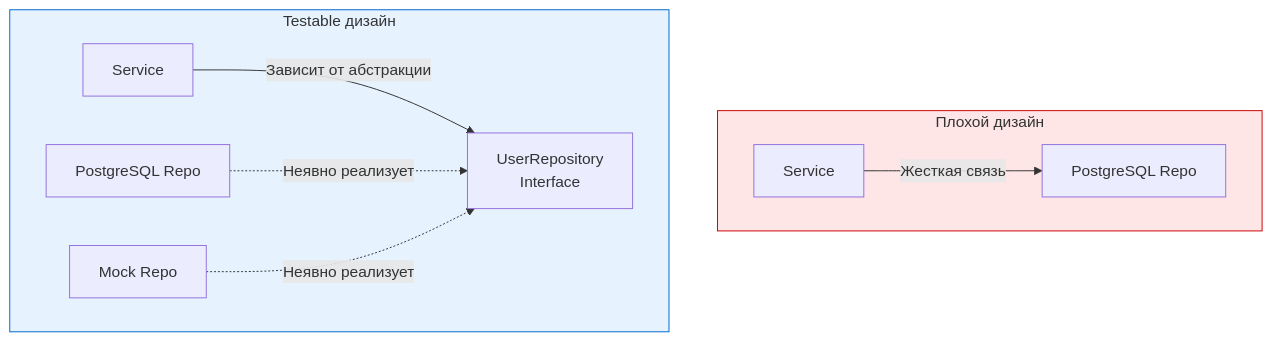
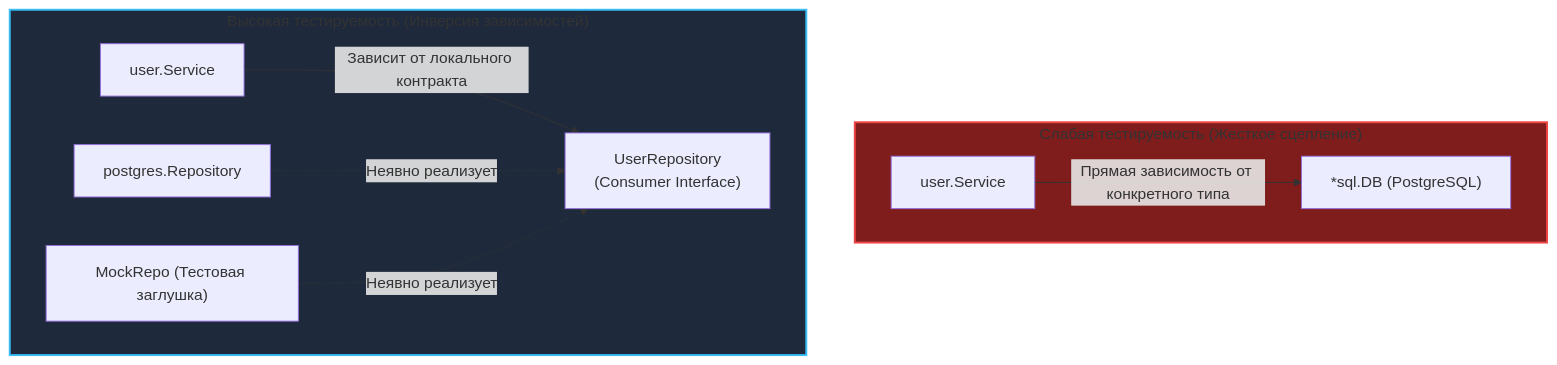
Before and after one commit to UnrealTemplier/go-textbook: the diagram in sources/15. Тестирование в Go (QA & Testing)/01. Фундамент/4. Testability и дизайн кода.md, drawn with Mermaid. The commit also changed other lines of this file, not shown here.

Commit message:
feat(module-15): editorial rewrite of lecture 4 (Testability и дизайн кода) in Subsection 1 in Kernighan style

````diff
--- a/sources/15. Тестирование в Go (QA & Testing)/01. Фундамент/4. Testability и дизайн кода.md
+++ b/sources/15. Тестирование в Go (QA & Testing)/01. Фундамент/4. Testability и дизайн кода.md
@@ -137,15 +185,15 @@
 ```mermaid
 flowchart TD
-    subgraph Tight["Плохой дизайн"]
-        S1["Service"] -->|"Жесткая связь"| DB1["PostgreSQL Repo"]
+    subgraph Tight["Слабая тестируемость (Жесткое сцепление)"]
+        S1["user.Service"] -->|"Прямая зависимость от конкретного типа"| DB1["*sql.DB (PostgreSQL)"]
     end
     
-    subgraph Decoupled["Testable дизайн"]
-        S2["Service"] -->|"Зависит от абстракции"| I["UserRepository<br>Interface"]
-        DB2["PostgreSQL Repo"] -.->|"Неявно реализует"| I
-        Mock["Mock Repo"] -.->|"Неявно реализует"| I
+    subgraph Decoupled["Высокая тестируемость (Инверсия зависимостей)"]
+        S2["user.Service"] -->|"Зависит от локального контракта"| I["UserRepository<br>(Consumer Interface)"]
+        DB2["postgres.Repository"] -.->|"Неявно реализует"| I
+        Mock["MockRepo (Тестовая заглушка)"] -.->|"Неявно реализует"| I
     end
     
-    style Tight fill:#ffe6e6,stroke:#cc0000
-    style Decoupled fill:#e6f3ff,stroke:#0066cc
+    style Tight fill:#7f1d1d,stroke:#ef4444,stroke-width:2px
+    style Decoupled fill:#1e293b,stroke:#38bdf8,stroke-width:2px
 ```
````
